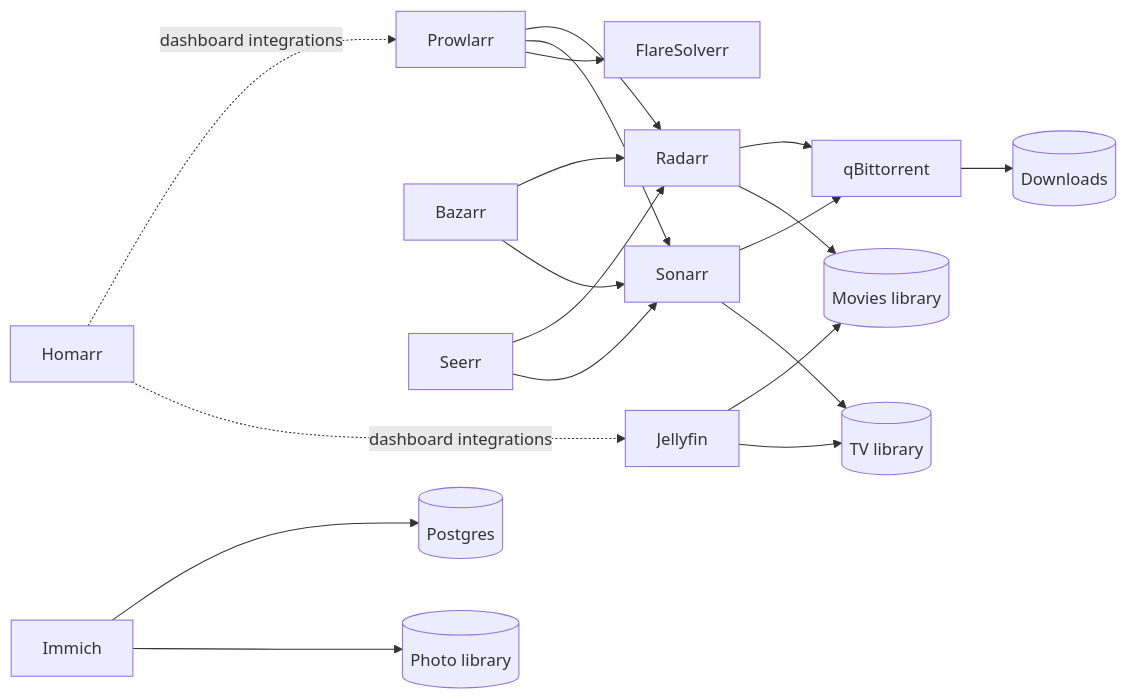
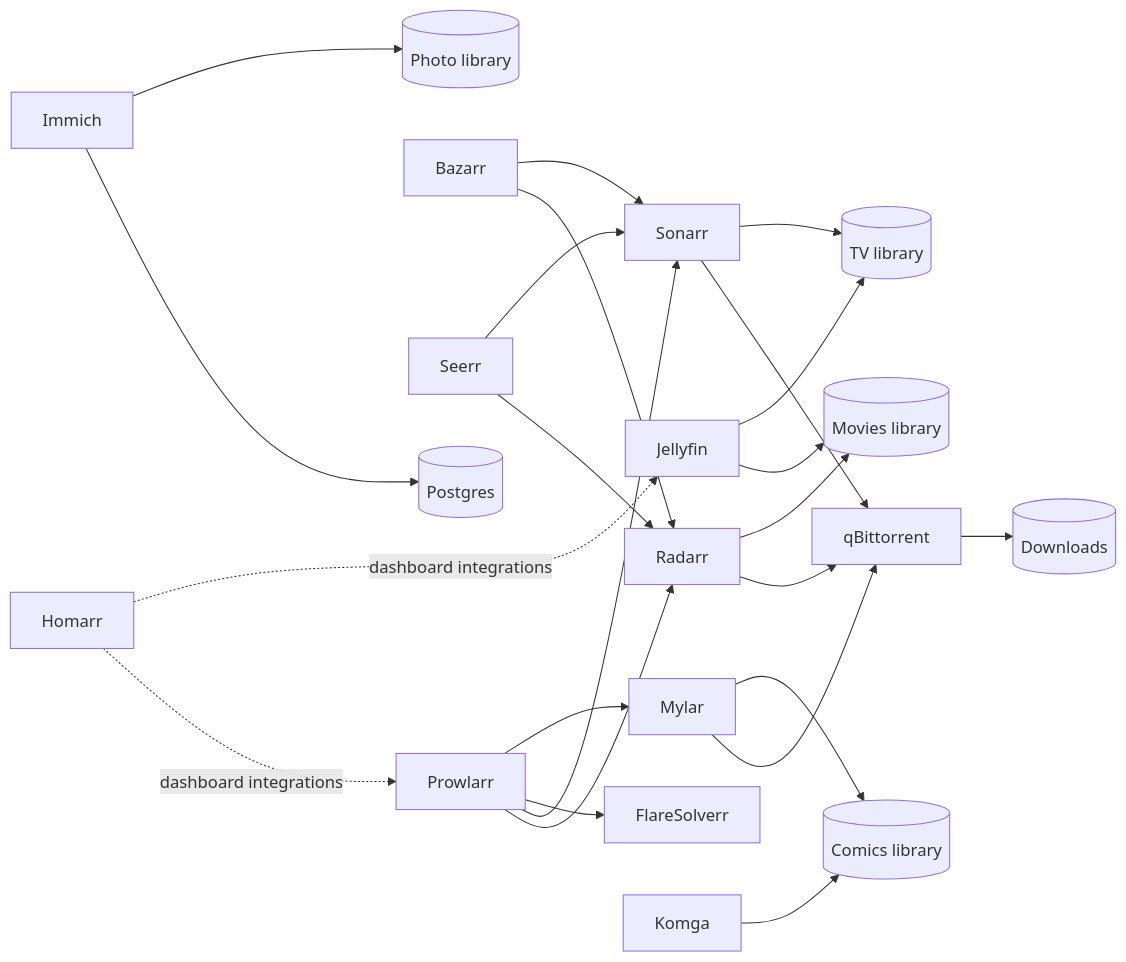
Before and after one commit to chevlpcmp-lab/HomeFalloutServer: the fourth of 4 diagrams in docs/architecture.md, drawn with Mermaid. The commit also changed other lines of this file and 16 other files, not shown here.

First line of the commit message:
Add the Mylar + Komga comics stack

````diff
--- a/docs/architecture.md
+++ b/docs/architecture.md
@@ -139,21 +143,25 @@
 ```mermaid
 flowchart LR
     Prowlarr --> Radarr
     Prowlarr --> Sonarr
     Prowlarr --> FlareSolverr
     Radarr --> qBittorrent
     Sonarr --> qBittorrent
     Bazarr --> Radarr
     Bazarr --> Sonarr
     Seerr --> Radarr
     Seerr --> Sonarr
+    Prowlarr --> Mylar
+    Mylar --> qBittorrent
     Radarr --> Movies[("Movies library")]
     Sonarr --> TV[("TV library")]
+    Mylar --> Comics[("Comics library")]
     qBittorrent --> Downloads[("Downloads")]
     Jellyfin --> Movies
     Jellyfin --> TV
+    Komga --> Comics
     Homarr -.->|dashboard integrations| Prowlarr
     Homarr -.->|dashboard integrations| Jellyfin
     Immich --> Postgres[("Postgres")]
     Immich --> Photos[("Photo library")]
 ```
````
